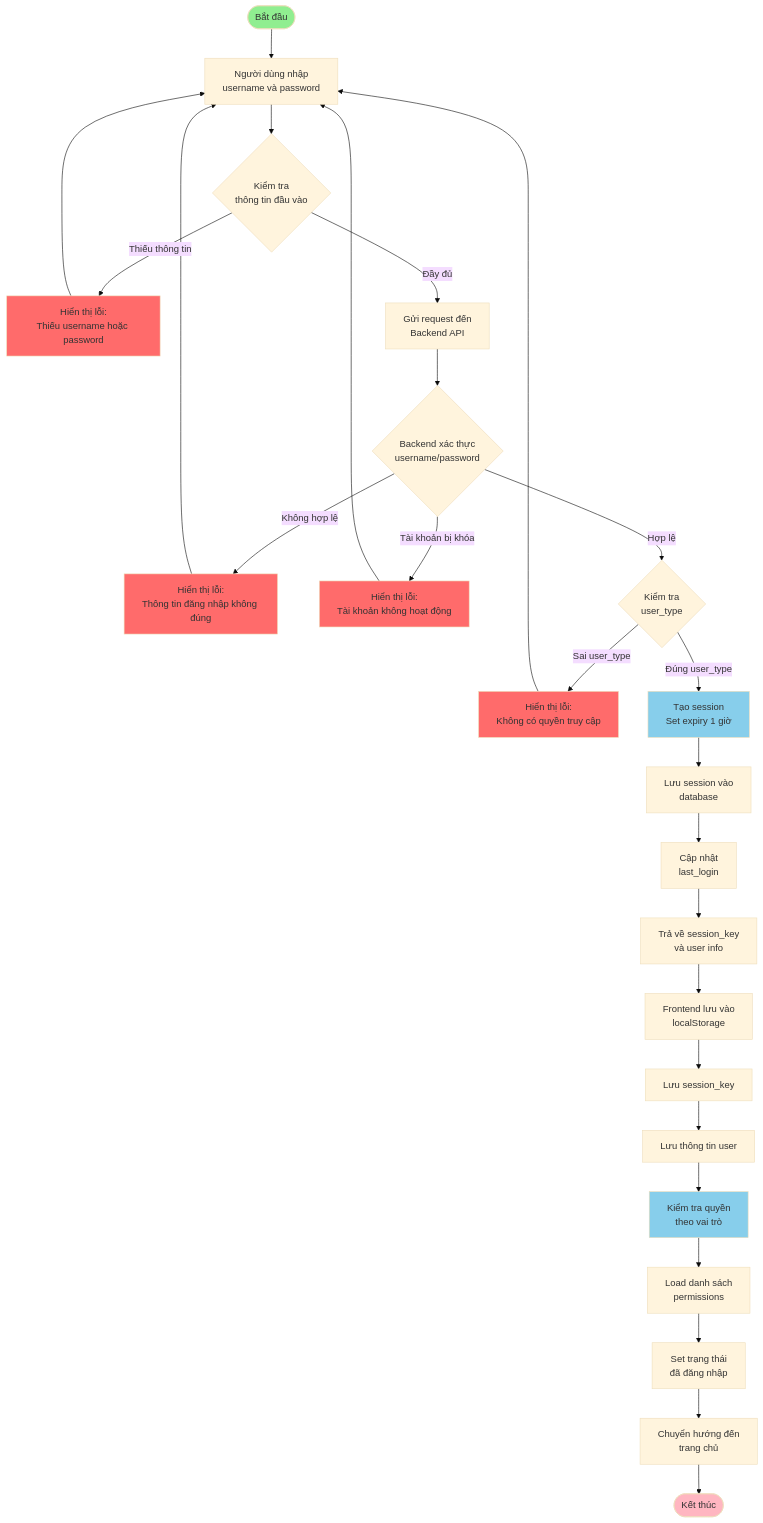
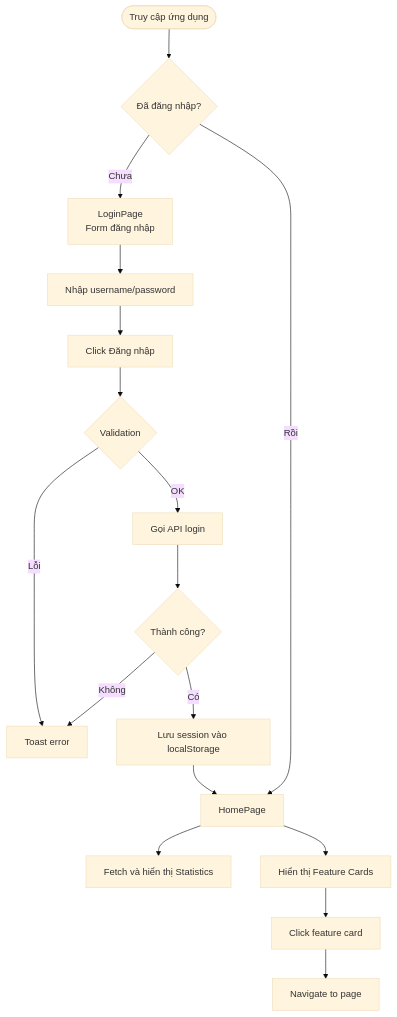
Before and after one commit to phamquyet47204/App: the second of 3 diagrams in README.md, drawn with Mermaid (base theme). The commit also changed other lines of this file, not shown here.

````diff
--- a/README.md
+++ b/README.md
@@ -227,47 +1203,41 @@
 ```mermaid
+
 flowchart TD
-    Start([Bắt đầu]) --> Input[Người dùng nhập<br/>username và password]
-    Input --> Validate{Kiểm tra<br/>thông tin đầu vào}
+
+    Start([Truy cập ứng dụng]) --> CheckAuth{Đã đăng nhập?}
+
+    CheckAuth -->|Chưa| LoginPage[LoginPage<br/>Form đăng nhập]
+
+    CheckAuth -->|Rồi| HomePage[HomePage]
+
     
-    Validate -->|Thiếu thông tin| Error1[Hiển thị lỗi:<br/>Thiếu username hoặc password]
-    Error1 --> Input
+
+    LoginPage --> Input[Nhập username/password]
+
+    Input --> Submit[Click Đăng nhập]
+
+    Submit --> Validate{Validation}
+
+    Validate -->|Lỗi| ShowError[Toast error]
+
+    Validate -->|OK| API[Gọi API login]
+
+    API --> Success{Thành công?}
+
+    Success -->|Không| ShowError
+
+    Success -->|Có| SetSession[Lưu session vào localStorage]
+
+    SetSession --> HomePage
+
     
-    Validate -->|Đầy đủ| Send[Gửi request đến<br/>Backend API]
-    Send --> Auth{Backend xác thực<br/>username/password}
-    
-    Auth -->|Không hợp lệ| Error2[Hiển thị lỗi:<br/>Thông tin đăng nhập không đúng]
-    Error2 --> Input
-    
-    Auth -->|Tài khoản bị khóa| Error3[Hiển thị lỗi:<br/>Tài khoản không hoạt động]
-    Error3 --> Input
-    
-    Auth -->|Hợp lệ| CheckRole{Kiểm tra<br/>user_type}
-    
-    CheckRole -->|Sai user_type| Error4[Hiển thị lỗi:<br/>Không có quyền truy cập]
-    Error4 --> Input
-    
-    CheckRole -->|Đúng user_type| CreateSession[Tạo session<br/>Set expiry 1 giờ]
-    CreateSession --> SaveSession[Lưu session vào<br/>database]
-    SaveSession --> UpdateLastLogin[Cập nhật<br/>last_login]
-    UpdateLastLogin --> ReturnData[Trả về session_key<br/>và user info]
-    
-    ReturnData --> SaveLocal[Frontend lưu vào<br/>localStorage]
-    SaveLocal --> SaveSessionKey[Lưu session_key]
-    SaveSessionKey --> SaveUserInfo[Lưu thông tin user]
-    
-    SaveUserInfo --> CheckPermission[Kiểm tra quyền<br/>theo vai trò]
-    CheckPermission --> LoadPermissions[Load danh sách<br/>permissions]
-    LoadPermissions --> SetAuthState[Set trạng thái<br/>đã đăng nhập]
-    
-    SetAuthState --> Redirect[Chuyển hướng đến<br/>trang chủ]
-    Redirect --> End([Kết thúc])
-    
-    style Start fill:#90EE90
-    style End fill:#FFB6C1
-    style Error1 fill:#FF6B6B
-    style Error2 fill:#FF6B6B
-    style Error3 fill:#FF6B6B
-    style Error4 fill:#FF6B6B
-    style CreateSession fill:#87CEEB
-    style CheckPermission fill:#87CEEB
+
+    HomePage --> Stats[Fetch và hiển thị Statistics]
+
+    HomePage --> Features[Hiển thị Feature Cards]
+
+    Features --> ClickCard[Click feature card]
+
+    ClickCard --> Navigate[Navigate to page]
+
 ```
````
